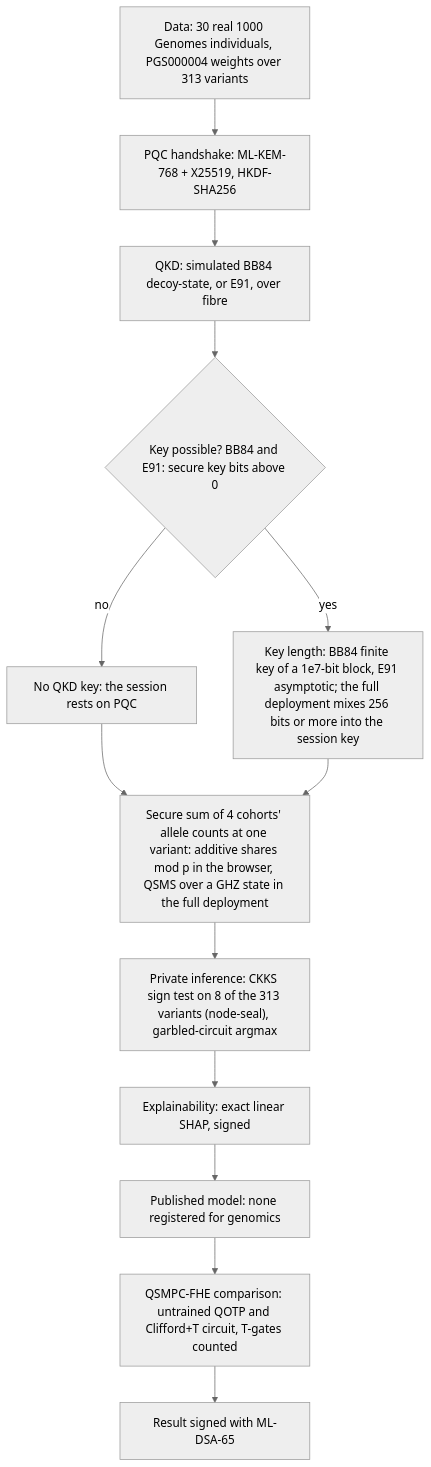
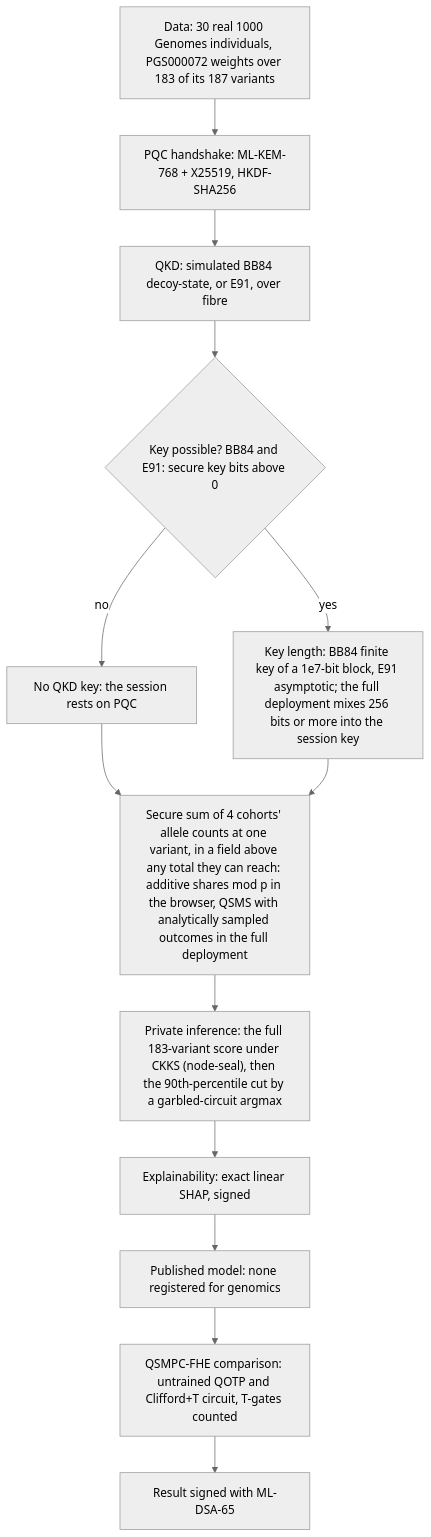
Before and after one commit to Quantum-Daemons/QSMPC-QKD-QHE-AI-Hybrid: the fifth of 11 diagrams in README.md, drawn with Mermaid (neutral theme). The commit also changed 58 other files, not shown here.

First line of the commit message:
Genomics scores PGS000072 in full, and the satellite tab drops the SMAP/MSL file it never had a licence for

````diff
--- a/README.md
+++ b/README.md
@@ -176,27 +176,27 @@
 ```mermaid
 flowchart TB
-  D["Data: 30 real 1000 Genomes individuals, PGS000004 weights over 313 variants"]
+  D["Data: 30 real 1000 Genomes individuals, PGS000072 weights over 183 of its 187 variants"]
   H["PQC handshake: ML-KEM-768 + X25519, HKDF-SHA256"]
   K["QKD: simulated BB84 decoy-state, or E91, over fibre"]
   Q{"Key possible? BB84 and E91: secure key bits above 0"}
   N["No QKD key: the session rests on PQC"]
   L["Key length: BB84 finite key of a 1e7-bit block, E91 asymptotic; the full deployment mixes 256 bits or more into the session key"]
-  P["Secure sum of 4 cohorts' allele counts at one variant: additive shares mod p in the browser, QSMS over a GHZ state in the full deployment"]
-  I["Private inference: CKKS sign test on 8 of the 313 variants (node-seal), garbled-circuit argmax"]
+  P["Secure sum of 4 cohorts' allele counts at one variant, in a field above any total they can reach: additive shares mod p in the browser, QSMS with analytically sampled outcomes in the full deployment"]
+  I["Private inference: the full 183-variant score under CKKS (node-seal), then the 90th-percentile cut by a garbled-circuit argmax"]
   X["Explainability: exact linear SHAP, signed"]
   M["Published model: none registered for genomics"]
   C["QSMPC-FHE comparison: untrained QOTP and Clifford+T circuit, T-gates counted"]
   S["Result signed with ML-DSA-65"]
   D --> H
   H --> K
   K --> Q
   Q -->|no| N
   Q -->|yes| L
   N --> P
   L --> P
   P --> I
   I --> X
   X --> M
   M --> C
   C --> S
 ```
````
